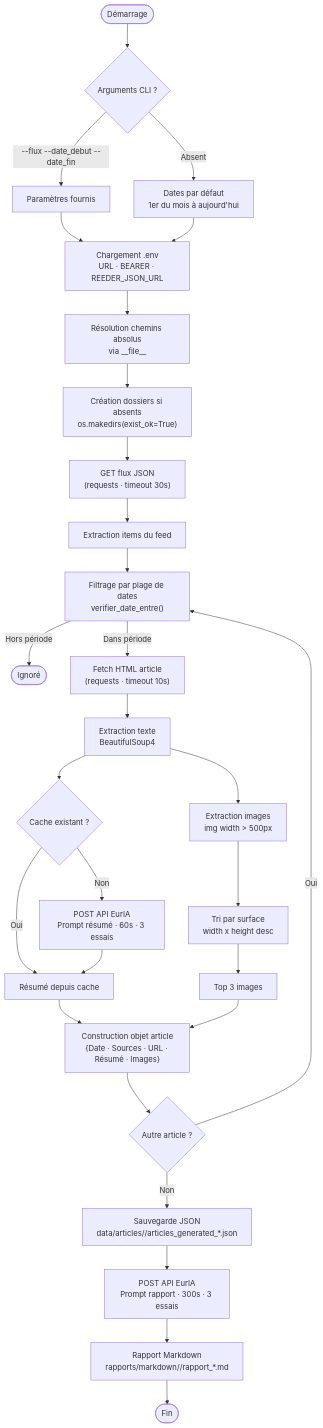
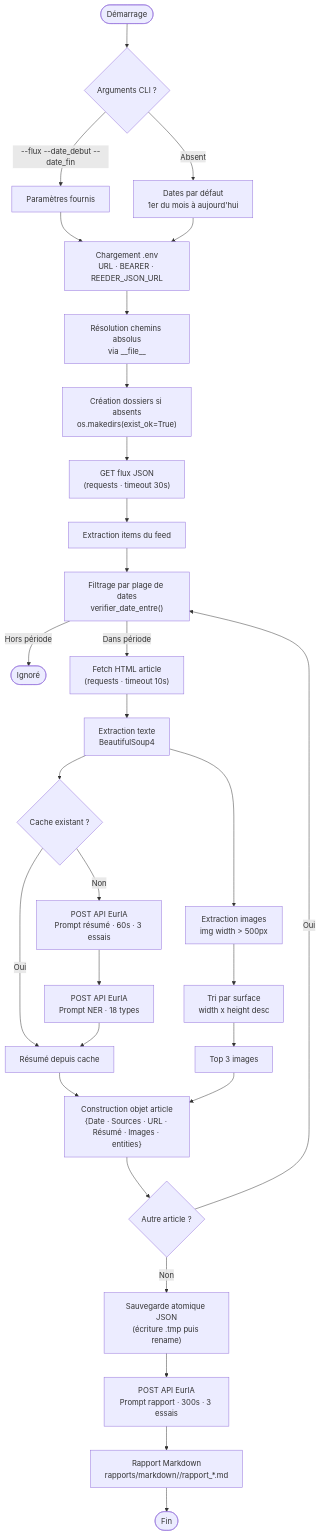
The third of 11 diagrams in docs/ARCHITECTURE.md (pat-the-geek/AnalyseActualites), drawn with Mermaid before and after one commit. The commit also changed other lines of this file, not shown here.

First line of the commit message:
docs: mise à jour ARCHITECTURE.md v4.0 (mars 2026)

````diff
--- a/docs/ARCHITECTURE.md
+++ b/docs/ARCHITECTURE.md
@@ -163,32 +205,33 @@
 ```mermaid
 flowchart TD
     START([Démarrage]) --> ARGS{Arguments CLI ?}
     ARGS -->|"--flux --date_debut --date_fin"| PARAMS[Paramètres fournis]
     ARGS -->|Absent| DEFAULTS["Dates par défaut\n1er du mois à aujourd'hui"]
     PARAMS --> ENV
     DEFAULTS --> ENV
     ENV["Chargement .env\nURL · BEARER · REEDER_JSON_URL"]
     ENV --> PATHS["Résolution chemins absolus\nvia __file__"]
     PATHS --> MKDIR["Création dossiers si absents\nos.makedirs(exist_ok=True)"]
     MKDIR --> FETCH["GET flux JSON\n(requests · timeout 30s)"]
     FETCH --> ITEMS["Extraction items du feed"]
     ITEMS --> FILTER["Filtrage par plage de dates\nverifier_date_entre()"]
     FILTER -->|Hors période| SKIP([Ignoré])
     FILTER -->|Dans période| HTML["Fetch HTML article\n(requests · timeout 10s)"]
     HTML --> BS4["Extraction texte\nBeautifulSoup4"]
     BS4 --> CACHE_CHK{Cache existant ?}
     CACHE_CHK -->|Oui| RESUME_CACHED["Résumé depuis cache"]
     CACHE_CHK -->|Non| EURIA1["POST API EurIA\nPrompt résumé · 60s · 3 essais"]
-    EURIA1 --> RESUME_CACHED
+    EURIA1 --> NER_CALL["POST API EurIA\nPrompt NER · 18 types"]
+    NER_CALL --> RESUME_CACHED
     BS4 --> IMG["Extraction images\nimg width > 500px"]
     IMG --> SORT["Tri par surface\nwidth x height desc"]
     SORT --> TOP3["Top 3 images"]
-    RESUME_CACHED --> BUILD["Construction objet article\n{Date · Sources · URL · Résumé · Images}"]
+    RESUME_CACHED --> BUILD["Construction objet article\n{Date · Sources · URL · Résumé · Images · entities}"]
     TOP3 --> BUILD
     BUILD --> LOOP{Autre article ?}
     LOOP -->|Oui| FILTER
-    LOOP -->|Non| SAVE["Sauvegarde JSON\ndata/articles/<flux>/articles_generated_*.json"]
+    LOOP -->|Non| SAVE["Sauvegarde atomique JSON\n(écriture .tmp puis rename)"]
     SAVE --> EURIA2["POST API EurIA\nPrompt rapport · 300s · 3 essais"]
     EURIA2 --> MDOUT["Rapport Markdown\nrapports/markdown/<flux>/rapport_*.md"]
     MDOUT --> DONE([Fin])
 ```
````
